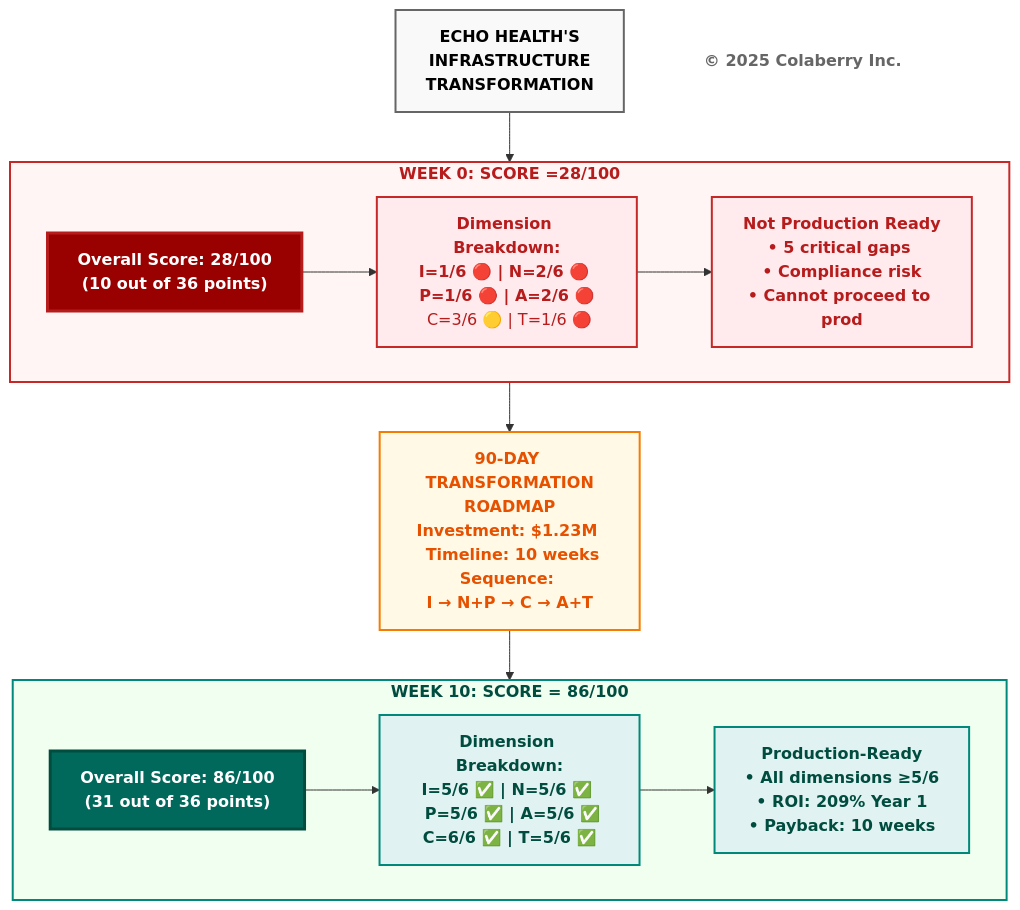
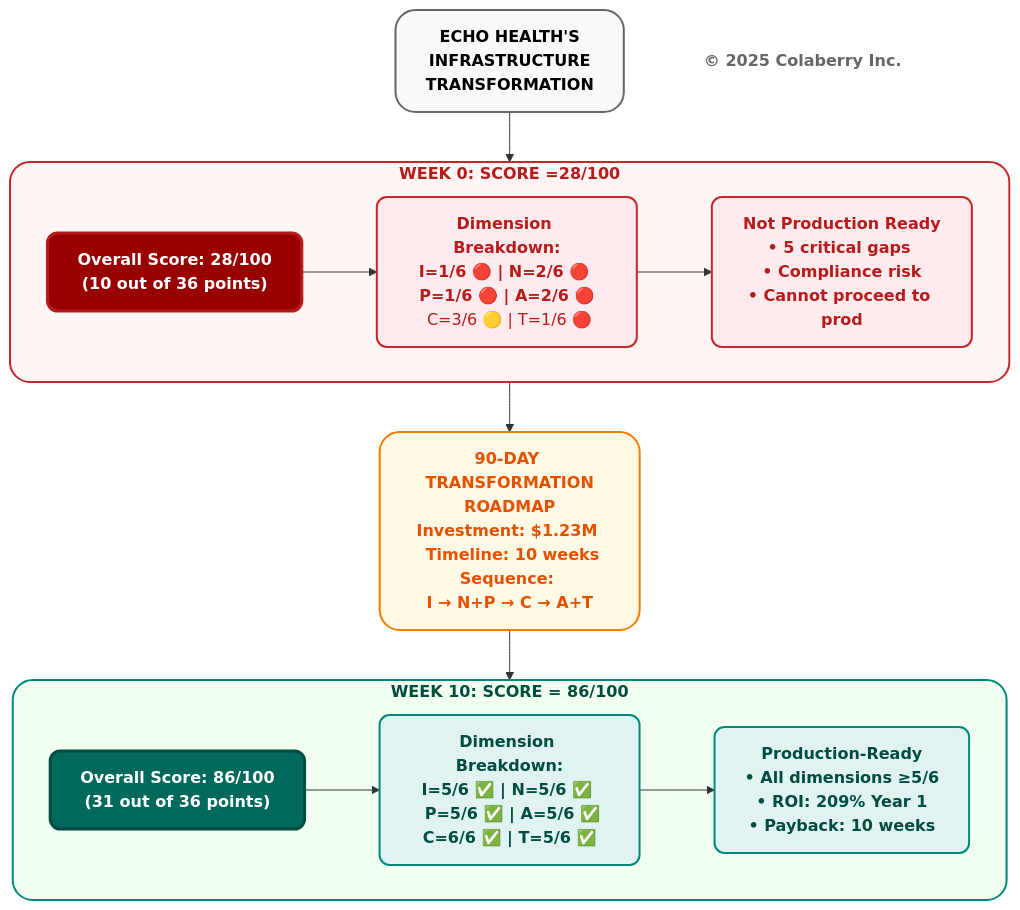
One commit to saitejesh-cyber/trust-before-intelligence-book changed the sixth of 12 diagrams in manuscript/03_chapter_2_inpact_framework.md. Above: the diagram before and after it, drawn with Mermaid. The commit also changed other lines of this file, not shown here.

````diff
--- a/manuscript/03_chapter_2_inpact_framework.md
+++ b/manuscript/03_chapter_2_inpact_framework.md
@@ -360,50 +360,50 @@
 ```mermaid
 graph TB
     TITLE["<b>ECHO HEALTH'S<br/>INFRASTRUCTURE<br/>TRANSFORMATION</b>"]
     
     TITLE --> BEFORE
     
     subgraph BEFORE["<b>WEEK 0: SCORE =28/100</b>"]
         B_SCORE["<b>Overall Score: 28/100</b><br/><b>(10 out of 36 points)</b>"]
         
         B_DIMS["<b>Dimension Breakdown:</b><br/><b>I=1/6 🔴 | N=2/6 🔴 </b><br/><b>P=1/6 🔴 | A=2/6 🔴</b><br/> C=3/6 🟡 | T=1/6 🔴</b>"]
         
         B_STATUS["<b>Not Production Ready</b><br/><b>• 5 critical gaps </b><br/><b>• Compliance risk</b><br/><b>• Cannot proceed to prod</b>"]
         
         B_SCORE --> B_DIMS
         B_DIMS --> B_STATUS
     end
     
     BEFORE --> TRANSFORM["<b>90-DAY TRANSFORMATION<br/>ROADMAP</b><br/><b>Investment: $1.23M </b><br/><b> Timeline: 10 weeks</b><br/><b>Sequence: </b><br/><b>I → N+P → C → A+T</b>"]
     
     TRANSFORM --> AFTER
     
     subgraph AFTER["<b>WEEK 10: SCORE = 86/100</b>"]
         A_SCORE["<b>Overall Score: 86/100</b><br/><b>(31 out of 36 points)</b>"]
         
         A_DIMS["<b>Dimension Breakdown:</b><br/><b>I=5/6 ✅ | N=5/6 ✅ </b><br/><b> P=5/6 ✅ | A=5/6 ✅</b><br/><b>C=6/6 ✅ | T=5/6 ✅</b>"]
         
 A_STATUS["<b>Production-Ready</b><br/><b>• All dimensions ≥5/6 </b><br/><b>• ROI: 209% Year 1 </b><br/><b>• Payback: 10 weeks</b>"]
         
         A_SCORE --> A_DIMS
         A_DIMS --> A_STATUS
     end
     
     COPYRIGHT["<b>© 2025 Colaberry Inc.</b>"]
     
-    style TITLE fill:#f9f9f9,stroke:#666666,stroke-width:2px,color:#000000
+    style TITLE fill:#f9f9f9,stroke:#666666,stroke-width:2px,color:#000000,rx:2O,ry:20
     
-    style BEFORE fill:#fff5f5,stroke:#c62828,stroke-width:2px,color:#b71c1c
-    style B_SCORE fill:#990000,color:#ffffff,stroke:#b71c1c,stroke-width:3px
-    style B_DIMS fill:#ffebee,stroke:#c62828,stroke-width:2px,color:#b71c1c
-    style B_STATUS fill:#ffebee,stroke:#c62828,stroke-width:2px,color:#b71c1c
+    style BEFORE fill:#fff5f5,stroke:#c62828,stroke-width:2px,color:#b71c1c,rx:2O,ry:20
+    style B_SCORE fill:#990000,color:#ffffff,stroke:#b71c1c,stroke-width:3px,rx:1O,ry:10
+    style B_DIMS fill:#ffebee,stroke:#c62828,stroke-width:2px,color:#b71c1c,rx:1O,ry:10
+    style B_STATUS fill:#ffebee,stroke:#c62828,stroke-width:2px,color:#b71c1c,rx:1O,ry:10
     
-    style TRANSFORM fill:#fff9e6,stroke:#f57c00,stroke-width:2px,color:#e65100
+    style TRANSFORM fill:#fff9e6,stroke:#f57c00,stroke-width:2px,color:#e65100,rx:2O,ry:20
     
-    style AFTER fill:#f0fff0,stroke:#00897b,stroke-width:2px,color:#004d40
-    style A_SCORE fill:#00695c,color:#ffffff,stroke:#004d40,stroke-width:3px
-    style A_DIMS fill:#e0f2f1,stroke:#00897b,stroke-width:2px,color:#004d40
-    style A_STATUS fill:#e0f2f1,stroke:#00897b,stroke-width:2px,color:#004d40
+    style AFTER fill:#f0fff0,stroke:#00897b,stroke-width:2px,color:#004d40,rx:2O,ry:20
+    style A_SCORE fill:#00695c,color:#ffffff,stroke:#004d40,stroke-width:3px,rx:1O,ry:10
+    style A_DIMS fill:#e0f2f1,stroke:#00897b,stroke-width:2px,color:#004d40,rx:1O,ry:10
+    style A_STATUS fill:#e0f2f1,stroke:#00897b,stroke-width:2px,color:#004d40,rx:1O,ry:10
     
-    style COPYRIGHT fill:#ffffff,stroke:none,color:#666666
+    style COPYRIGHT fill:none,stroke:none,color:#666666
 ```
````
